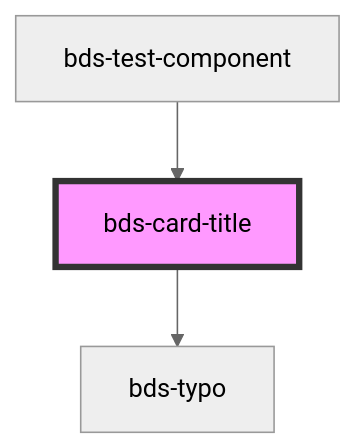
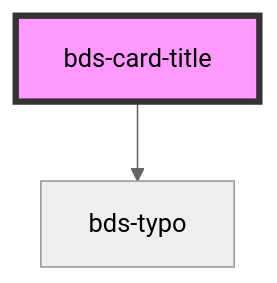
Before and after one commit to takenet/blip-ds: the diagram in src/components/card/card-title/readme.md, drawn with Mermaid (neutral theme). The commit also changed other lines of this file and 15 other files, not shown here.

````diff
--- a/src/components/card/card-title/readme.md
+++ b/src/components/card/card-title/readme.md
@@ -26,6 +22,5 @@
 ```mermaid
 graph TD;
   bds-card-title --> bds-typo
-  bds-test-component --> bds-card-title
   style bds-card-title fill:#f9f,stroke:#333,stroke-width:4px
 ```
````
